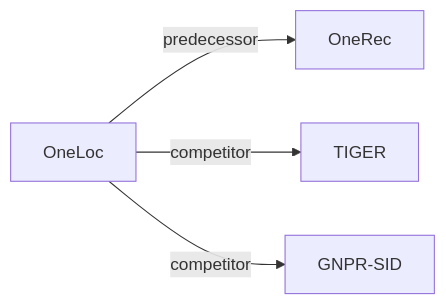
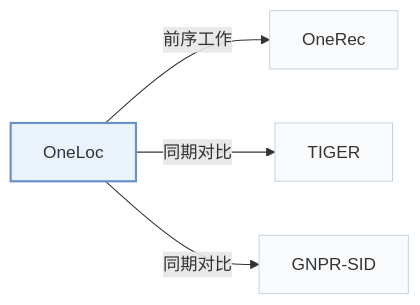
The fourth of 4 diagrams in pages/zh/papers/oneloc.md (Galaxy-ghost/Awesome-SID-Generative-Rec), drawn with Mermaid before and after one commit. The commit also changed other lines of this file and 649 other files, not shown here.

Commit message:
writer-05: also tags and modality index (schema, check, build, visuals); summary field removed; calibration data for 12 papers

````diff
--- a/pages/zh/papers/oneloc.md
+++ b/pages/zh/papers/oneloc.md
@@ -234,7 +243,11 @@
 ```mermaid
 flowchart LR
     P["OneLoc"]
-    P -->|predecessor| A["OneRec"]
-    P -->|competitor| B["TIGER"]
-    P -->|competitor| C["GNPR-SID"]
+    P -->|"前序工作"| A["OneRec"]
+    P -->|"同期对比"| B["TIGER"]
+    P -->|"同期对比"| C["GNPR-SID"]
+    classDef main fill:#eaf2fb,stroke:#6b8fc7,stroke-width:2px
+    classDef peer fill:#f8fafc,stroke:#cbd5e1
+    class P main
+    class A,B,C peer
 ```
````
